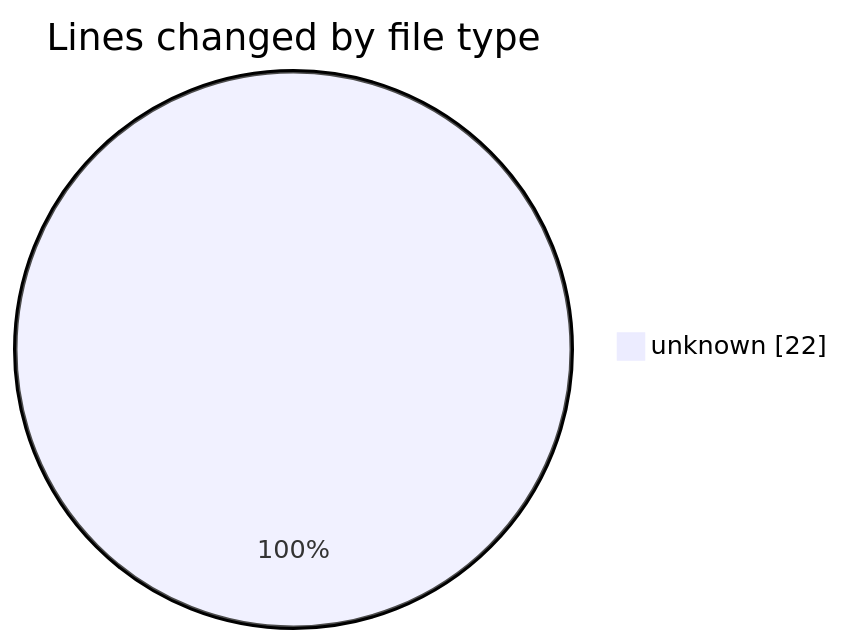
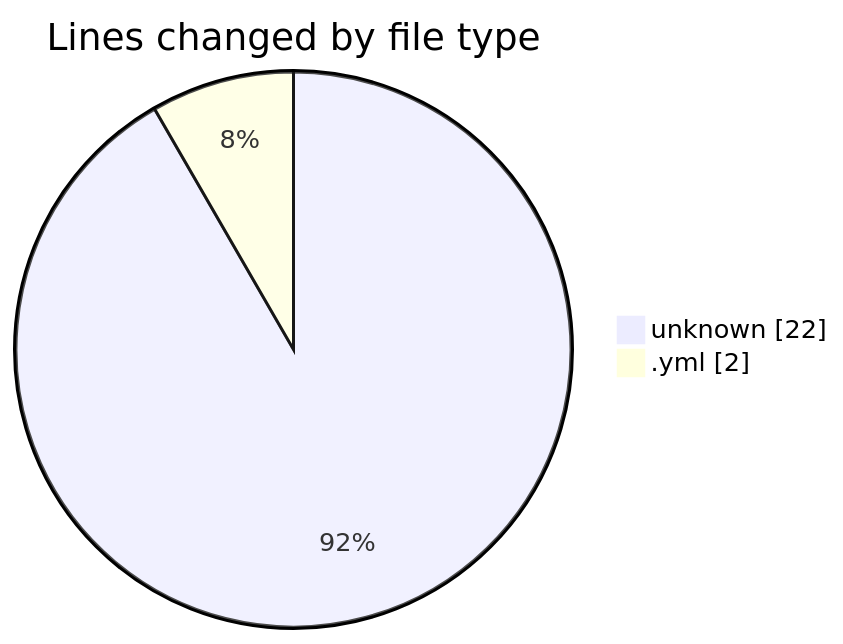
The first of 2 diagrams in 2025-05-13/niten/README.md (Elitesun/code-tracking), drawn with Mermaid before and after one commit. The commit also changed other lines of this file and 1 other file, not shown here.

````diff
--- a/2025-05-13/niten/README.md
+++ b/2025-05-13/niten/README.md
@@ -21,5 +22,6 @@
 ```mermaid
 pie showData
 title Lines changed by file type
 "unknown" : 22
+".yml" : 2
 ```
````
